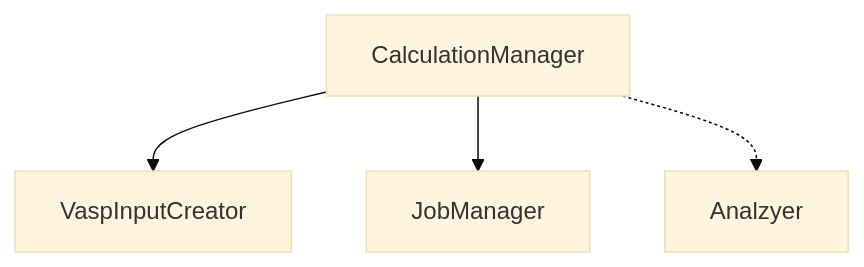
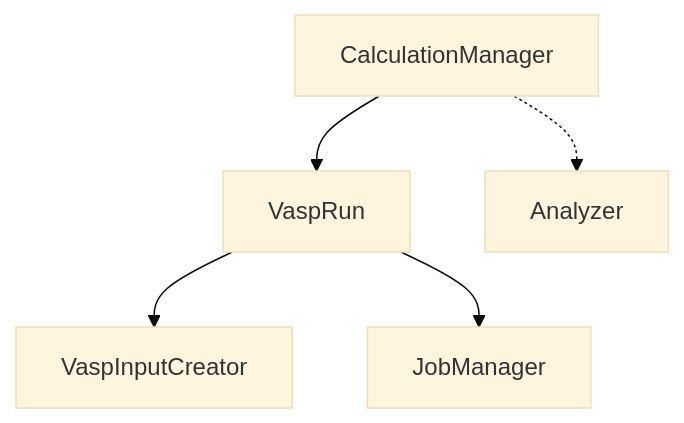
Before and after one commit to dgaines2/vasp_manager: the second of 3 diagrams in docs/user/managers.md, drawn with Mermaid (base theme). The commit also changed other lines of this file and 3 other files, not shown here.

First line of the commit message:
Update docs and changelog for multi-run architecture

````diff
--- a/docs/user/managers.md
+++ b/docs/user/managers.md
@@ -21,6 +25,7 @@
 ```mermaid
 graph TD
-A[CalculationManager] --> B[VaspInputCreator]
-A --> C[JobManager]
-A -.-> D[Analzyer]
+A[CalculationManager] --> V[VaspRun]
+V --> B[VaspInputCreator]
+V --> C[JobManager]
+A -.-> D[Analyzer]
 ```
````
